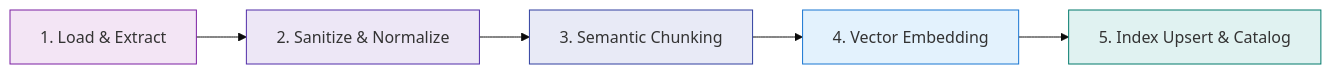
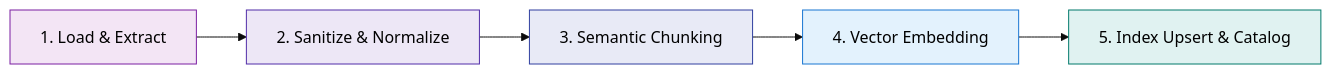
The third of 7 diagrams in 00-Introduction-to-RAG/RAG-Workflow.md (swapnil3104/RAG-Engineering), drawn with Mermaid (base theme) before and after one commit. The commit also changed other lines of this file and 108 other files, not shown here.

Commit message:
fix: make chart text visible across all Mermaid diagrams and resolve markdown table formatting issues

````diff
--- a/00-Introduction-to-RAG/RAG-Workflow.md
+++ b/00-Introduction-to-RAG/RAG-Workflow.md
@@ -102,13 +102,13 @@
 ```mermaid
 flowchart LR
     S1[1. Load & Extract] --> S2[2. Sanitize & Normalize]
     S2 --> S3[3. Semantic Chunking]
     S3 --> S4[4. Vector Embedding]
     S4 --> S5[5. Index Upsert & Catalog]
 
-    style S1 fill:#f3e5f5,stroke:#7b1fa2
-    style S2 fill:#ede7f6,stroke:#512da8
-    style S3 fill:#e8eaf6,stroke:#303f9f
-    style S4 fill:#e3f2fd,stroke:#1976d2
-    style S5 fill:#e0f2f1,stroke:#00796b
+    style S1 fill:#f3e5f5,stroke:#7b1fa2,color:#000000
+    style S2 fill:#ede7f6,stroke:#512da8,color:#000000
+    style S3 fill:#e8eaf6,stroke:#303f9f,color:#000000
+    style S4 fill:#e3f2fd,stroke:#1976d2,color:#000000
+    style S5 fill:#e0f2f1,stroke:#00796b,color:#000000
 ```
````
